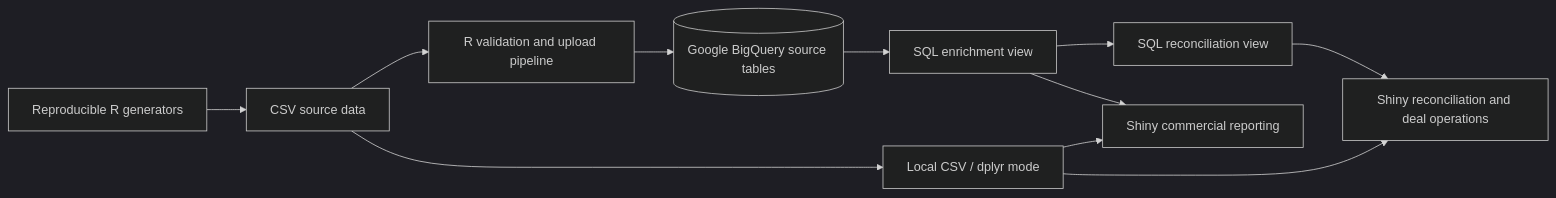
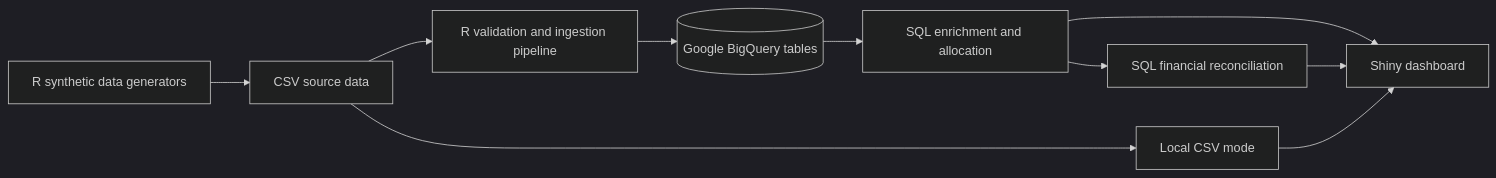
The diagram in README.md (edblack014-alt/Synthetic-Music-Revenue-Intelligence-System), drawn with Mermaid (dark theme) before and after one commit. The commit also changed other lines of this file, not shown here.

````diff
--- a/README.md
+++ b/README.md
@@ -26,13 +28,12 @@
 ```mermaid
 flowchart LR
-    A[Reproducible R generators] --> B[CSV source data]
-    B --> C[R validation and upload pipeline]
-    C --> D[(Google BigQuery source tables)]
-    D --> E[SQL enrichment view]
-    E --> F[SQL reconciliation view]
-    E --> G[Shiny commercial reporting]
-    F --> H[Shiny reconciliation and deal operations]
-    B --> I[Local CSV / dplyr mode]
-    I --> G
-    I --> H
+    A[R synthetic data generators] --> B[CSV source data]
+    B --> C[R validation and ingestion pipeline]
+    C --> D[(Google BigQuery tables)]
+    D --> E[SQL enrichment and allocation]
+    E --> F[SQL financial reconciliation]
+    E --> G[Shiny dashboard]
+    F --> G
+    B --> H[Local CSV mode]
+    H --> G
 ```
````
